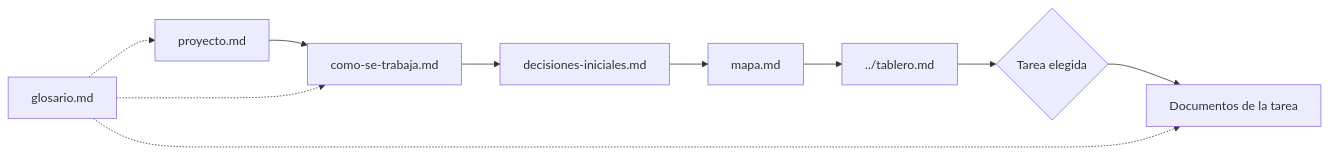
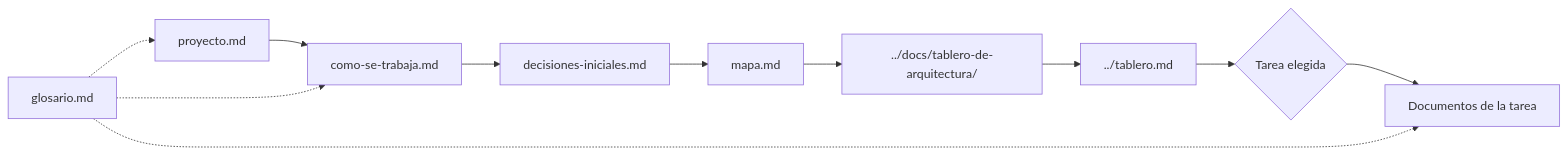
The diagram in arranque/README.md (andresdiegolanda/el-parte), drawn with Mermaid before and after one commit. The commit also changed other lines of this file and 23 other files, not shown here.

First line of the commit message:
Tablero de arquitectura (T32) y ADR 0012

````diff
--- a/arranque/README.md
+++ b/arranque/README.md
@@ -7,12 +7,13 @@
 ```mermaid
 flowchart LR
     A[proyecto.md] --> B[como-se-trabaja.md]
     B --> C[decisiones-iniciales.md]
     C --> D[mapa.md]
-    D --> E[../tablero.md]
+    D --> T[../docs/tablero-de-arquitectura/]
+    T --> E[../tablero.md]
     E --> F{Tarea elegida}
     F --> G[Documentos de la tarea]
     H[glosario.md] -.-> A
     H -.-> B
     H -.-> G
 ```
````
